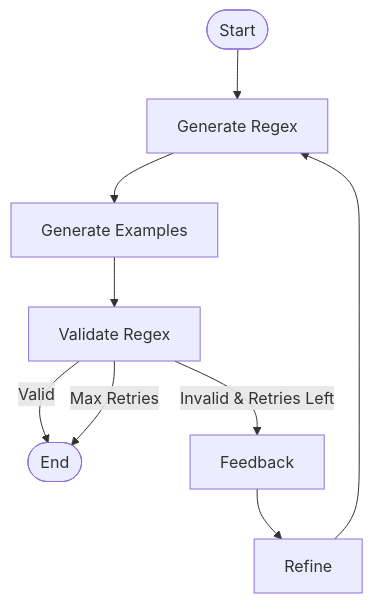
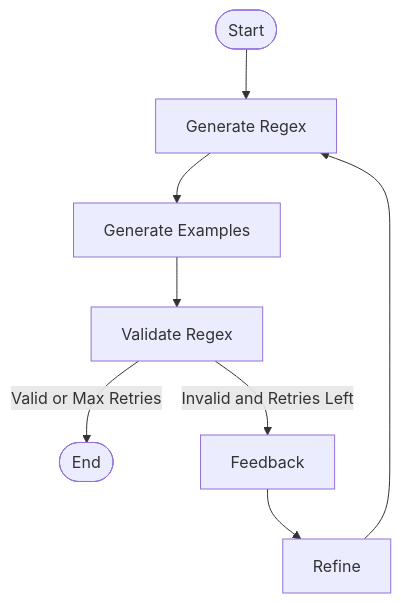
Before and after one commit to brunolnetto/regex-agent-mvp: the second of 2 diagrams in README.md, drawn with Mermaid.

Commit message:
docs: refactor diagram to display compound conditions

````diff
--- a/README.md
+++ b/README.md
@@ -75,11 +75,10 @@
 ```mermaid
 flowchart TD
     Start([Start]) --> GenRegex[Generate Regex]
     GenRegex --> GenExamples[Generate Examples]
     GenExamples --> Validate[Validate Regex]
-    Validate -->|Valid| End([End])
-    Validate -->|Invalid & Retries Left| Feedback[Feedback]
+    Validate -->|Valid or Max Retries| End([End])
+    Validate -->|Invalid and Retries Left| Feedback[Feedback]
     Feedback --> Refine[Refine]
     Refine --> GenRegex
-    Validate -->|Max Retries| End
 ```
````
